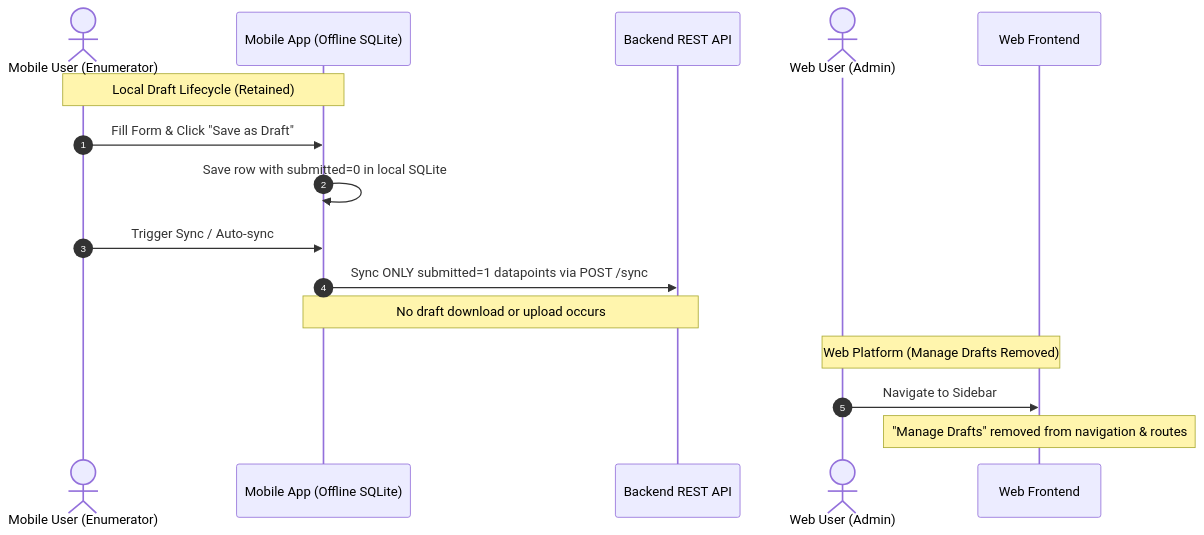
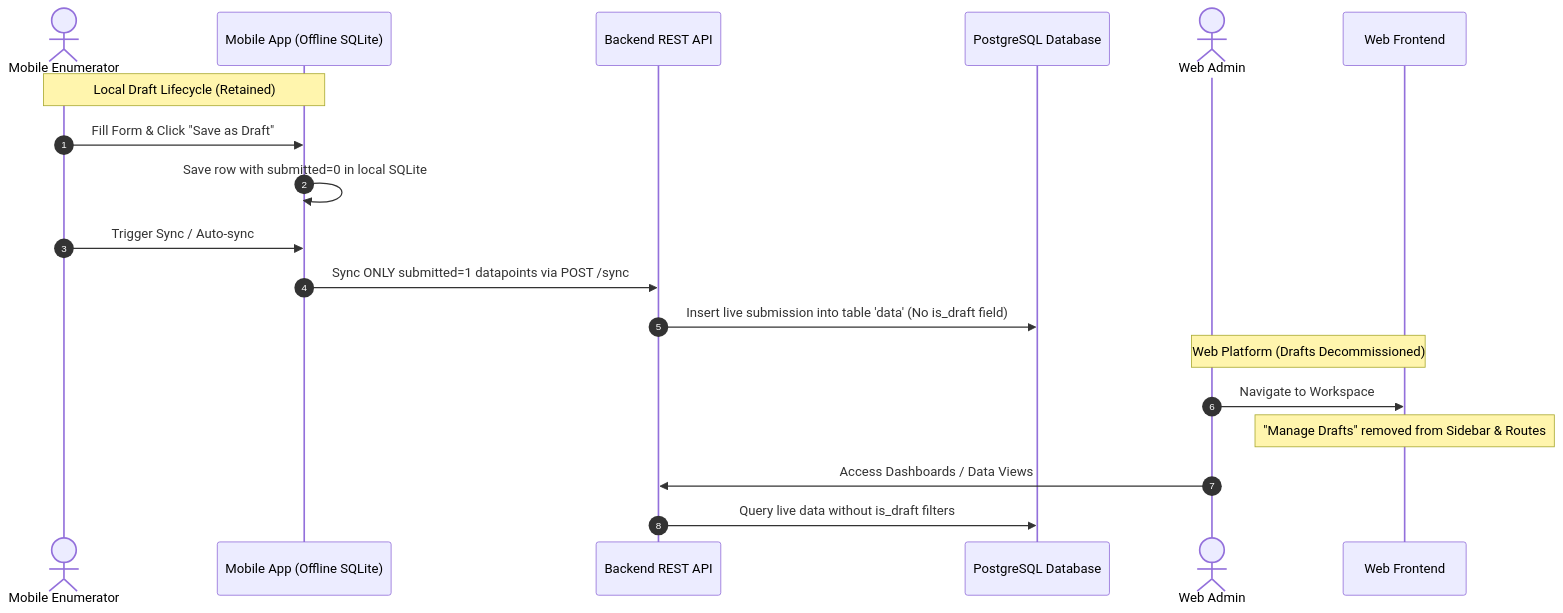
One commit to akvo/akvo-mis changed the first of 2 diagrams in doc/design/DRAFT-002-remove-drafts-syncing-and-management.md. Above: the diagram before and after it, drawn with Mermaid. The commit also changed other lines of this file, not shown here.

Commit message:
[#503] docs(design): update DRAFT-002 with full database purge and schema teardown strategy

````diff
--- a/doc/design/DRAFT-002-remove-drafts-syncing-and-management.md
+++ b/doc/design/DRAFT-002-remove-drafts-syncing-and-management.md
@@ -76,20 +95,23 @@
 ```mermaid
 sequenceDiagram
     autonumber
-    actor Submitter as Mobile User (Enumerator)
+    actor Submitter as Mobile Enumerator
     participant Mobile as Mobile App (Offline SQLite)
     participant Backend as Backend REST API
-    actor Admin as Web User (Admin)
+    participant DB as PostgreSQL Database
+    actor Admin as Web Admin
     participant Web as Web Frontend
 
     Note over Submitter, Mobile: Local Draft Lifecycle (Retained)
     Submitter->>Mobile: Fill Form & Click "Save as Draft"
     Mobile->>Mobile: Save row with submitted=0 in local SQLite
     Submitter->>Mobile: Trigger Sync / Auto-sync
     Mobile->>Backend: Sync ONLY submitted=1 datapoints via POST /sync
-    Note over Mobile, Backend: No draft download or upload occurs
+    Backend->>DB: Insert live submission into table 'data' (No is_draft field)
 
-    Note over Admin, Web: Web Platform (Manage Drafts Removed)
-    Admin->>Web: Navigate to Sidebar
-    Note over Web: "Manage Drafts" removed from navigation & routes
+    Note over Admin, Web: Web Platform (Drafts Decommissioned)
+    Admin->>Web: Navigate to Workspace
+    Note over Web: "Manage Drafts" removed from Sidebar & Routes
+    Admin->>Backend: Access Dashboards / Data Views
+    Backend->>DB: Query live data without is_draft filters
 ```
````
